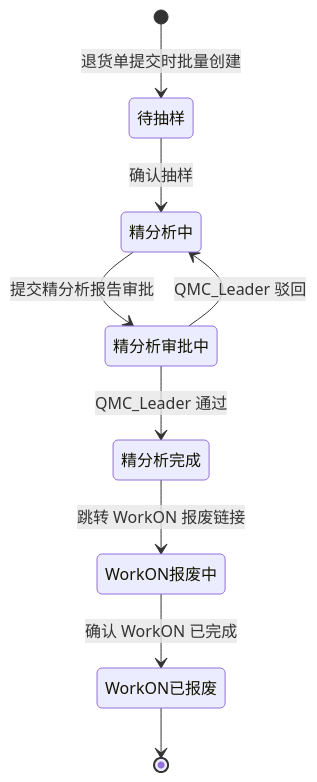
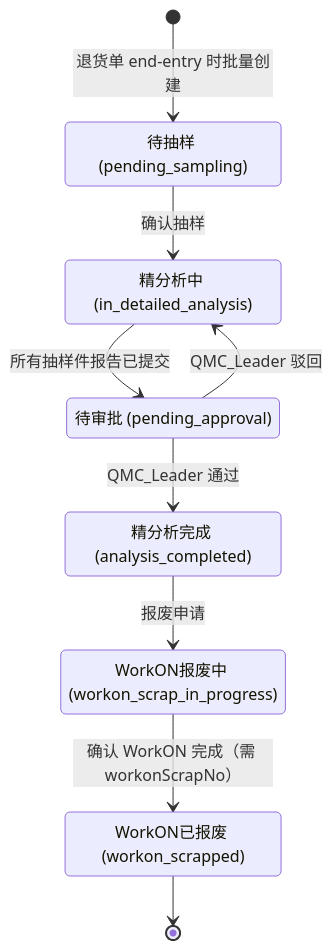
Before and after one commit to xvfeiran/wfam-doc: the seventh of 16 diagrams in 01-设计文档/开发设计文档.md, drawn with Mermaid. The commit also changed other lines of this file and 1 other file, not shown here.

````diff
--- a/01-设计文档/开发设计文档.md
+++ b/01-设计文档/开发设计文档.md
@@ -593,18 +619,18 @@
 ```mermaid
 stateDiagram-v2
-    state "待抽样" as pending
-    state "精分析中" as detailed
-    state "精分析审批中" as approving
-    state "精分析完成" as approved
-    state "WorkON报废中" as scrapping
-    state "WorkON已报废" as scrapped
+    state "待抽样 (pending_sampling)" as pending
+    state "精分析中 (in_detailed_analysis)" as detailed
+    state "待审批 (pending_approval)" as approving
+    state "精分析完成 (analysis_completed)" as approved
+    state "WorkON报废中 (workon_scrap_in_progress)" as scrapping
+    state "WorkON已报废 (workon_scrapped)" as scrapped
 
-    [*] --> pending: 退货单提交时批量创建
+    [*] --> pending: 退货单 end-entry 时批量创建
     pending --> detailed: 确认抽样
-    detailed --> approving: 提交精分析报告审批
+    detailed --> approving: 所有抽样件报告已提交
     approving --> detailed: QMC_Leader 驳回
     approving --> approved: QMC_Leader 通过
-    approved --> scrapping: 跳转 WorkON 报废链接
-    scrapping --> scrapped: 确认 WorkON 已完成
+    approved --> scrapping: 报废申请
+    scrapping --> scrapped: 确认 WorkON 完成（需 workonScrapNo）
     scrapped --> [*]
 ```
````
